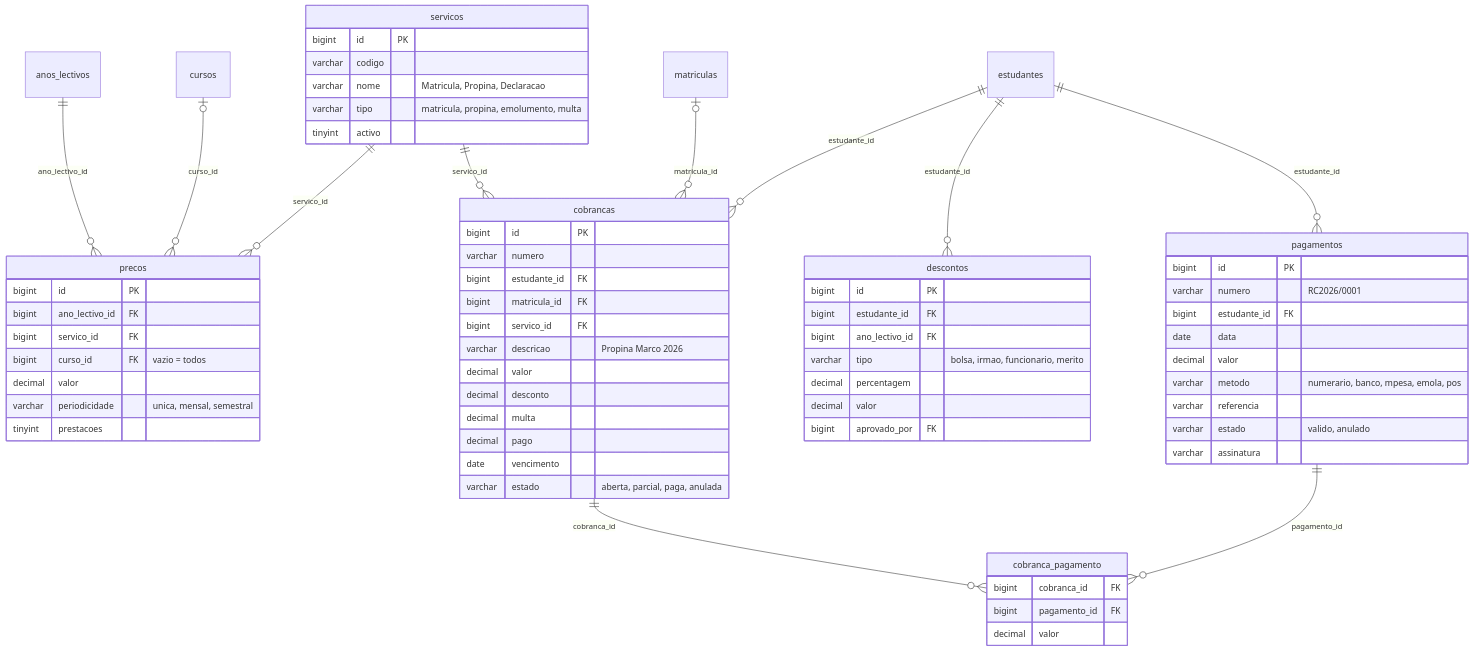
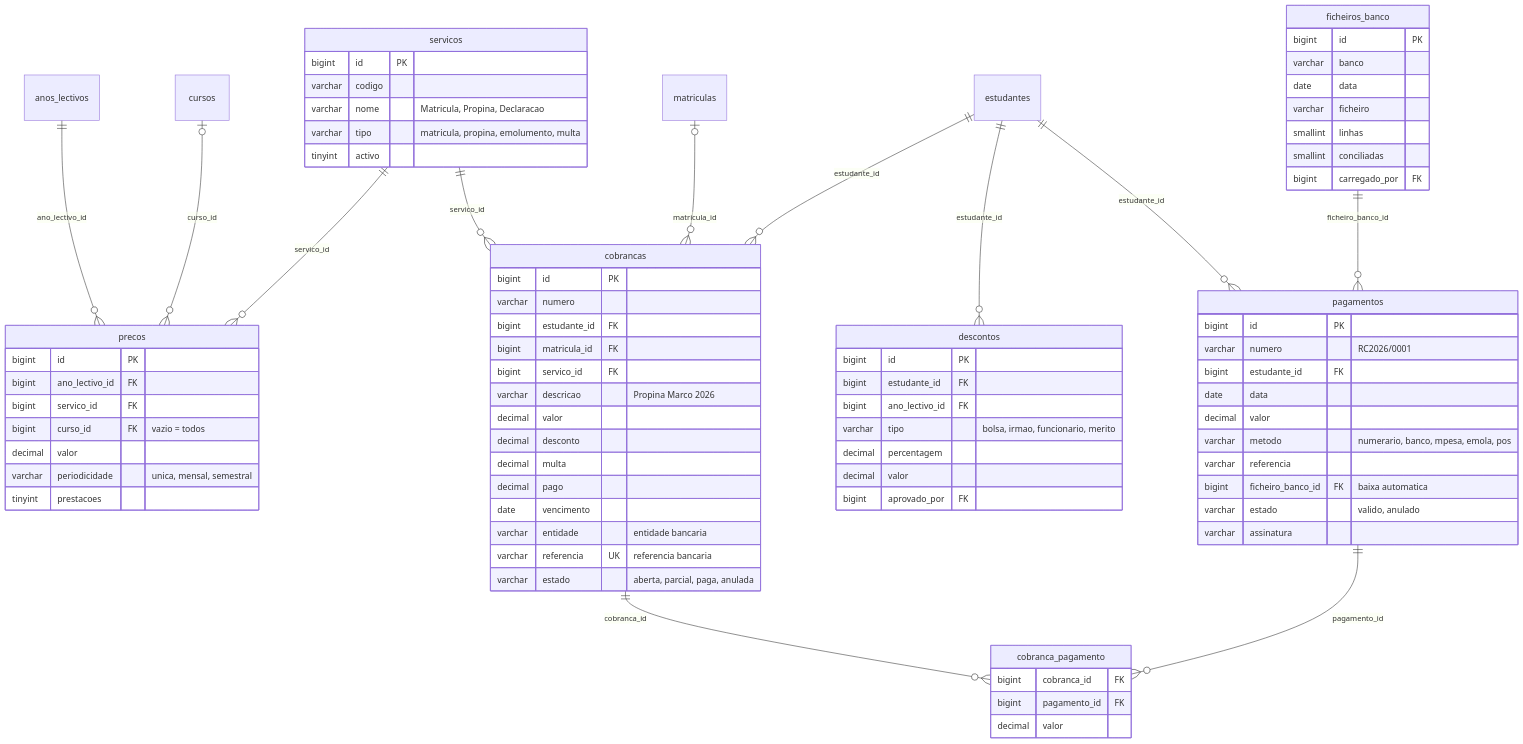
The sixth of 7 diagrams in docs/04-base-de-dados.md (nunuDev-55/Sistema-de-faculdade-escola), drawn with Mermaid before and after one commit. The commit also changed other lines of this file and 6 other files, not shown here.

````diff
--- a/docs/04-base-de-dados.md
+++ b/docs/04-base-de-dados.md
@@ -385,68 +422,81 @@
 ```mermaid
 erDiagram
     anos_lectivos ||--o{ precos : "ano_lectivo_id"
     servicos ||--o{ precos : "servico_id"
     cursos |o--o{ precos : "curso_id"
     estudantes ||--o{ cobrancas : "estudante_id"
     matriculas |o--o{ cobrancas : "matricula_id"
     servicos ||--o{ cobrancas : "servico_id"
     estudantes ||--o{ descontos : "estudante_id"
     estudantes ||--o{ pagamentos : "estudante_id"
     cobrancas ||--o{ cobranca_pagamento : "cobranca_id"
+    ficheiros_banco ||--o{ pagamentos : "ficheiro_banco_id"
     pagamentos ||--o{ cobranca_pagamento : "pagamento_id"
     servicos {
         bigint id PK
         varchar codigo
         varchar nome "Matricula, Propina, Declaracao"
         varchar tipo "matricula, propina, emolumento, multa"
         tinyint activo
     }
     precos {
         bigint id PK
         bigint ano_lectivo_id FK
         bigint servico_id FK
         bigint curso_id FK "vazio = todos"
         decimal valor
         varchar periodicidade "unica, mensal, semestral"
         tinyint prestacoes
     }
     cobrancas {
         bigint id PK
         varchar numero
         bigint estudante_id FK
         bigint matricula_id FK
         bigint servico_id FK
         varchar descricao "Propina Marco 2026"
         decimal valor
         decimal desconto
         decimal multa
         decimal pago
         date vencimento
+        varchar entidade "entidade bancaria"
+        varchar referencia UK "referencia bancaria"
         varchar estado "aberta, parcial, paga, anulada"
     }
     descontos {
         bigint id PK
         bigint estudante_id FK
         bigint ano_lectivo_id FK
         varchar tipo "bolsa, irmao, funcionario, merito"
         decimal percentagem
         decimal valor
         bigint aprovado_por FK
     }
     pagamentos {
         bigint id PK
         varchar numero "RC2026/0001"
         bigint estudante_id FK
         date data
         decimal valor
         varchar metodo "numerario, banco, mpesa, emola, pos"
         varchar referencia
+        bigint ficheiro_banco_id FK "baixa automatica"
         varchar estado "valido, anulado"
         varchar assinatura
+    }
+    ficheiros_banco {
+        bigint id PK
+        varchar banco
+        date data
+        varchar ficheiro
+        smallint linhas
+        smallint conciliadas
+        bigint carregado_por FK
     }
     cobranca_pagamento {
         bigint cobranca_id FK
         bigint pagamento_id FK
         decimal valor
     }
 ```
````
